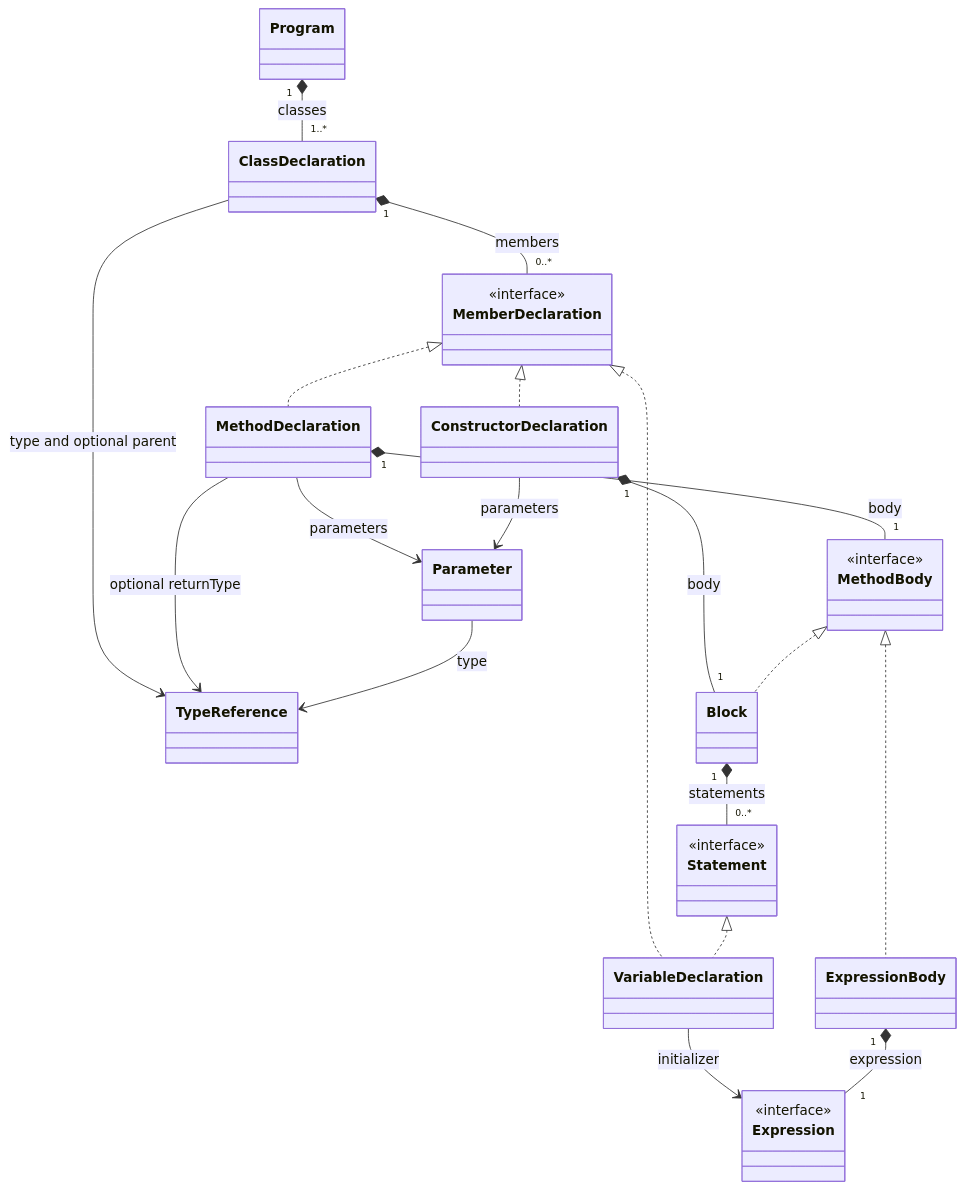
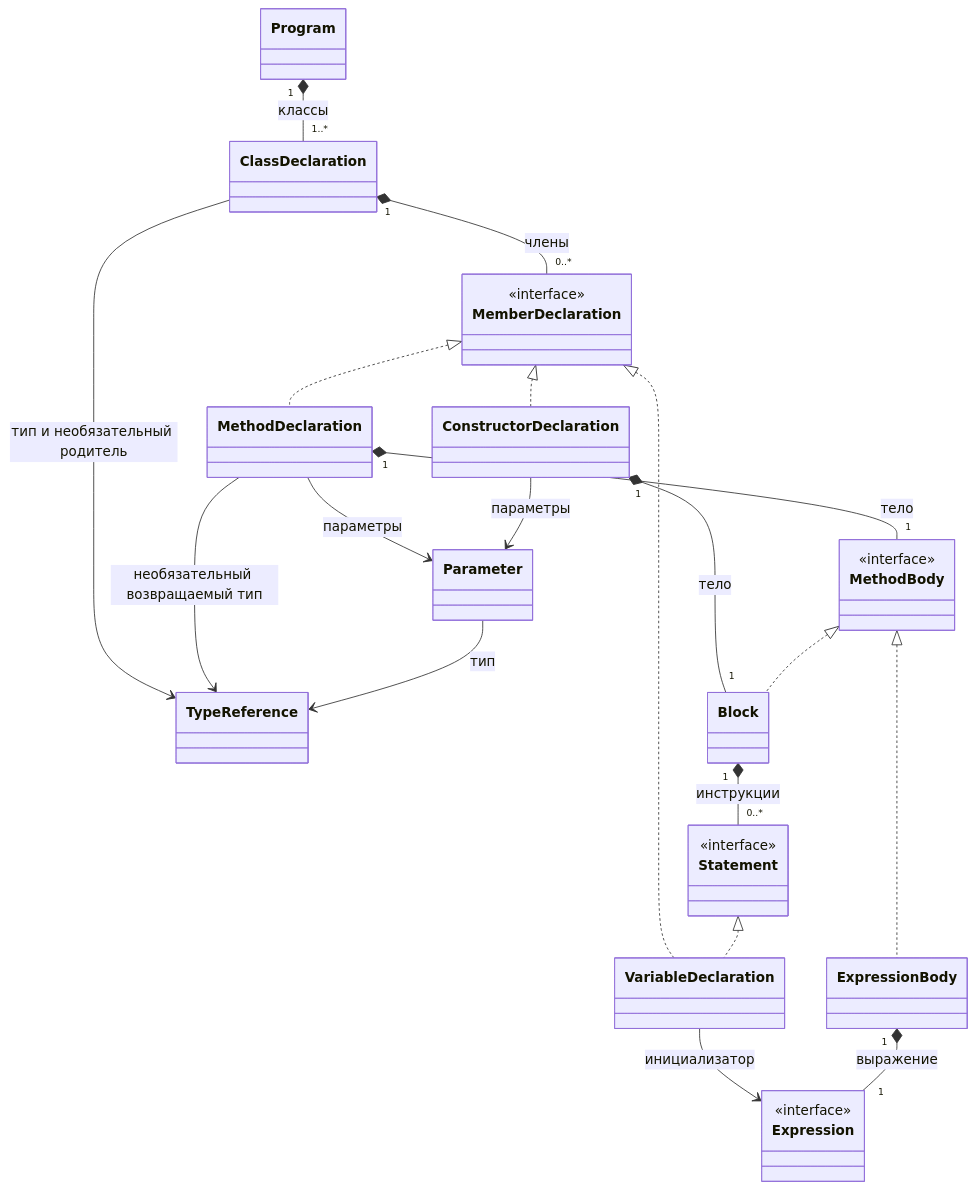
Before and after one commit to Compilers-Niiby/Compiler: the third of 4 diagrams in README.md, drawn with Mermaid. The commit also changed other lines of this file, not shown here.

````diff
--- a/README.md
+++ b/README.md
@@ -293,34 +293,34 @@
 ```mermaid
 classDiagram
     direction TB
     class MemberDeclaration {
         <<interface>>
     }
     class Statement {
         <<interface>>
     }
     class MethodBody {
         <<interface>>
     }
     class Expression {
         <<interface>>
     }
-    Program "1" *-- "1..*" ClassDeclaration : classes
-    ClassDeclaration "1" *-- "0..*" MemberDeclaration : members
-    ClassDeclaration --> TypeReference : type and optional parent
+    Program "1" *-- "1..*" ClassDeclaration : классы
+    ClassDeclaration "1" *-- "0..*" MemberDeclaration : члены
+    ClassDeclaration --> TypeReference : тип и необязательный родитель
     MemberDeclaration <|.. VariableDeclaration
     MemberDeclaration <|.. MethodDeclaration
     MemberDeclaration <|.. ConstructorDeclaration
     Statement <|.. VariableDeclaration
-    VariableDeclaration --> Expression : initializer
-    MethodDeclaration --> Parameter : parameters
-    MethodDeclaration --> TypeReference : optional returnType
-    MethodDeclaration "1" *-- "1" MethodBody : body
-    ConstructorDeclaration --> Parameter : parameters
-    ConstructorDeclaration "1" *-- "1" Block : body
+    VariableDeclaration --> Expression : инициализатор
+    MethodDeclaration --> Parameter : параметры
+    MethodDeclaration --> TypeReference : необязательный возвращаемый тип
+    MethodDeclaration "1" *-- "1" MethodBody : тело
+    ConstructorDeclaration --> Parameter : параметры
+    ConstructorDeclaration "1" *-- "1" Block : тело
     MethodBody <|.. Block
     MethodBody <|.. ExpressionBody
-    Block "1" *-- "0..*" Statement : statements
-    ExpressionBody "1" *-- "1" Expression : expression
-    Parameter --> TypeReference : type
+    Block "1" *-- "0..*" Statement : инструкции
+    ExpressionBody "1" *-- "1" Expression : выражение
+    Parameter --> TypeReference : тип
 ```
````
